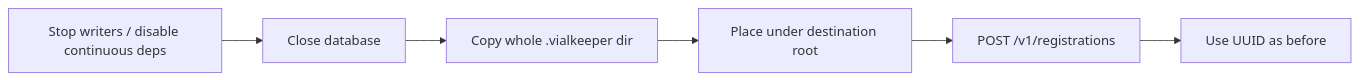
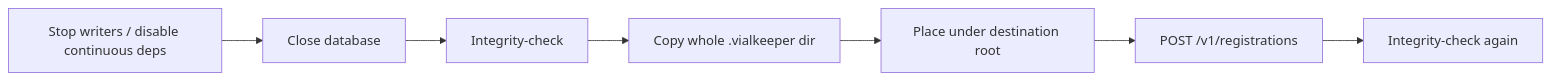
Before and after one commit to jmarceno/vialkeeper: the first of 2 diagrams in Operations.md, drawn with Mermaid. The commit also changed other lines of this file and 6 other files, not shown here.

````diff
--- a/Operations.md
+++ b/Operations.md
@@ -224,8 +229,9 @@
 ```mermaid
 flowchart LR
   A[Stop writers / disable continuous deps] --> B[Close database]
-  B --> C[Copy whole .vialkeeper dir]
-  C --> D[Place under destination root]
-  D --> E[POST /v1/registrations]
-  E --> F[Use UUID as before]
+  B --> C[Integrity-check]
+  C --> D[Copy whole .vialkeeper dir]
+  D --> E[Place under destination root]
+  E --> F[POST /v1/registrations]
+  F --> G[Integrity-check again]
 ```
````
